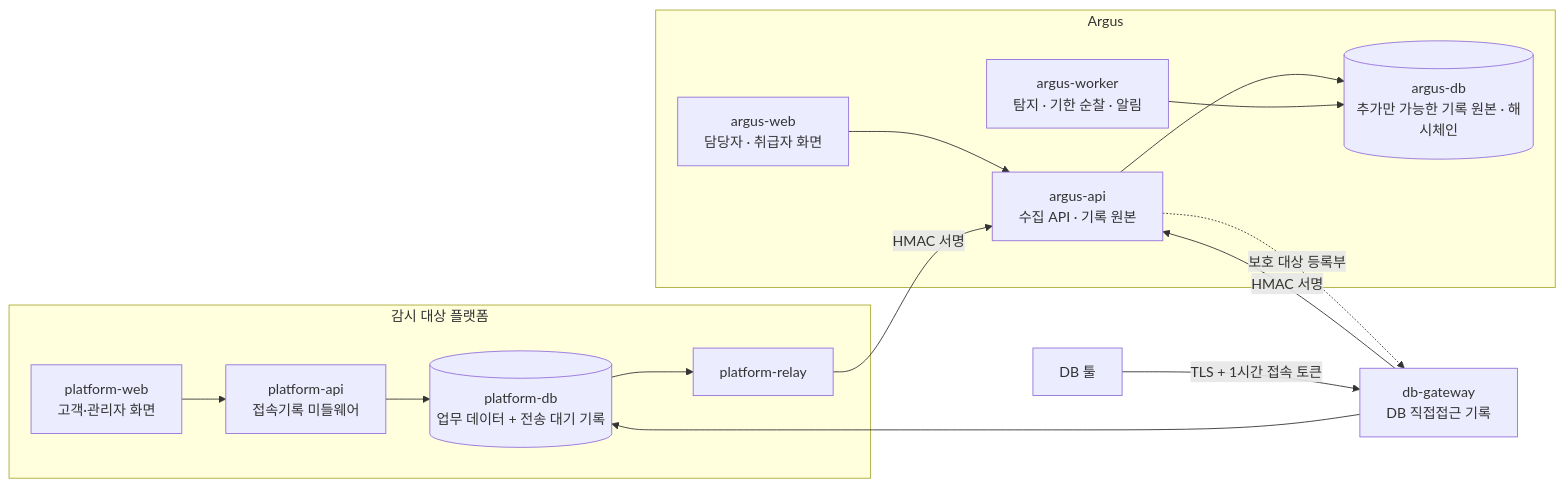
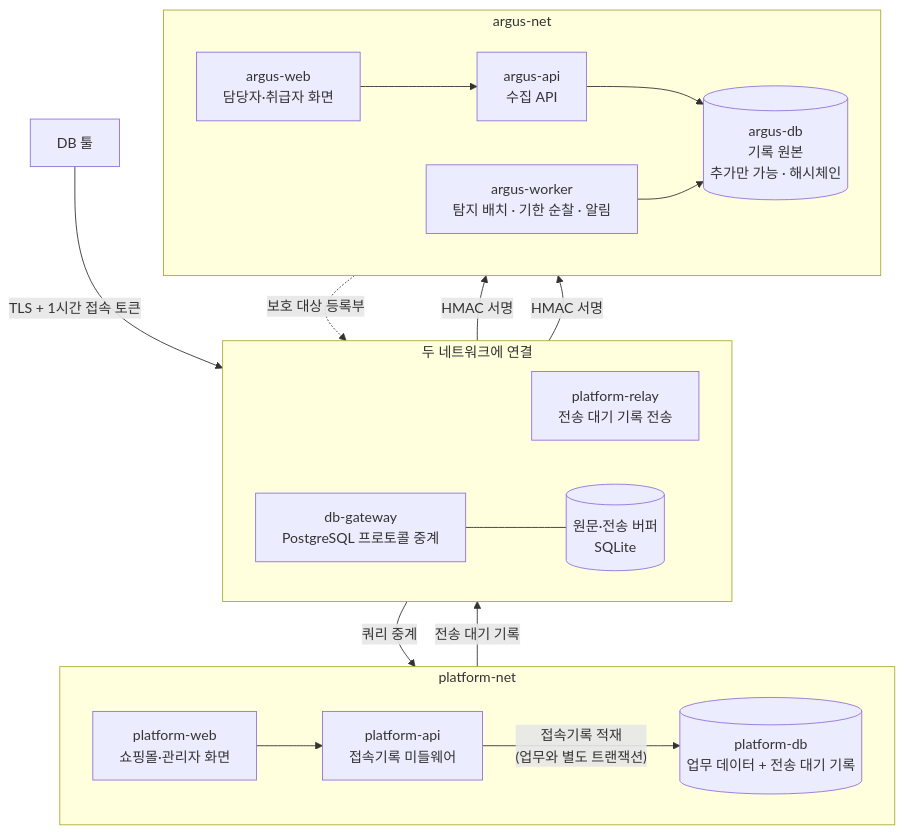
Before and after one commit to Salgoo26/argus: the second of 4 diagrams in README.md, drawn with Mermaid. The commit also changed other lines of this file, not shown here.

First line of the commit message:
docs: README 2절 시스템 구성 신설(전체 구성·아키텍처·데이터 모델), 무엇을 하나 → 3절 주요 기능, 옛 8절 구조 통합·절 번호 정리

````diff
--- a/README.md
+++ b/README.md
@@ -184,18 +112,32 @@
 ```mermaid
-flowchart LR
-    subgraph PLATFORM["감시 대상 플랫폼"]
-        PW["platform-web<br/>고객·관리자 화면"] --> PA["platform-api<br/>접속기록 미들웨어"]
-        PA --> PDB[("platform-db<br/>업무 데이터 + 전송 대기 기록")]
-        PDB --> PR["platform-relay"]
+flowchart TB
+    TOOL["DB 툴"]
+
+    subgraph PNET["platform-net"]
+        direction LR
+        PW["platform-web<br/>쇼핑몰·관리자 화면"] --> PA["platform-api<br/>접속기록 미들웨어"]
+        PA -->|"접속기록 적재<br/>(업무와 별도 트랜잭션)"| PDB[("platform-db<br/>업무 데이터 + 전송 대기 기록")]
     end
-    TOOL["DB 툴"] -->|"TLS + 1시간 접속 토큰"| GW["db-gateway<br/>DB 직접접근 기록"]
-    GW --> PDB
-    subgraph ARGUS["Argus"]
-        AA["argus-api<br/>수집 API · 기록 원본"] --> ADB[("argus-db<br/>추가만 가능한 기록 원본 · 해시체인")]
-        AW["argus-worker<br/>탐지 · 기한 순찰 · 알림"] --> ADB
-        AWEB["argus-web<br/>담당자 · 취급자 화면"] --> AA
+
+    subgraph BRIDGE["두 네트워크에 연결"]
+        direction LR
+        PR["platform-relay<br/>전송 대기 기록 전송"]
+        GW["db-gateway<br/>PostgreSQL 프로토콜 중계"]
+        GWS[("원문·전송 버퍼<br/>SQLite")]
+        GW --- GWS
     end
+
+    subgraph ANET["argus-net"]
+        direction LR
+        AWEB["argus-web<br/>담당자·취급자 화면"] --> AA["argus-api<br/>수집 API"]
+        AA --> ADB[("argus-db<br/>기록 원본<br/>추가만 가능 · 해시체인")]
+        AW["argus-worker<br/>탐지 배치 · 기한 순찰 · 알림"] --> ADB
+    end
+
+    TOOL -->|"TLS + 1시간 접속 토큰"| GW
+    PDB -->|"전송 대기 기록"| PR
+    GW -->|"쿼리 중계"| PDB
     PR -->|"HMAC 서명"| AA
     GW -->|"HMAC 서명"| AA
     AA -.->|"보호 대상 등록부"| GW
 ```
````
